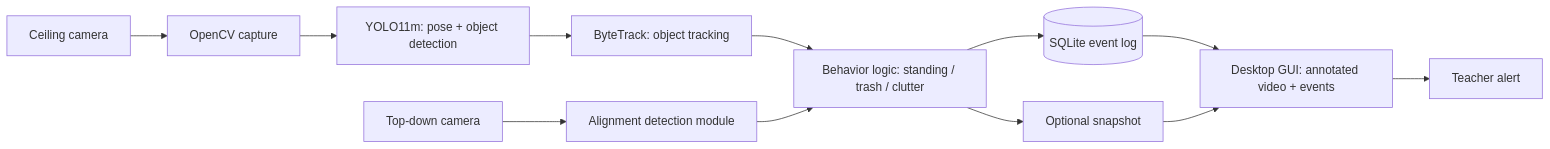
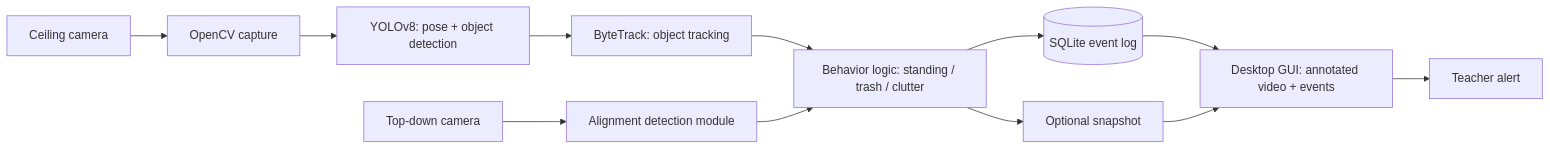
The first of 2 diagrams in Knowledge/03 - Architecture/System Architecture.md (riekoqq/BantayAralan), drawn with Mermaid before and after one commit. The commit also changed other lines of this file and 10 other files, not shown here.

````diff
--- a/Knowledge/03 - Architecture/System Architecture.md
+++ b/Knowledge/03 - Architecture/System Architecture.md
@@ -12,14 +12,14 @@
 ```mermaid
 flowchart LR
     C1[Ceiling camera] --> CV[OpenCV capture]
     C2[Top-down camera] --> AL[Alignment detection module]
-    CV --> YOLO[YOLO11m: pose + object detection]
+    CV --> YOLO[YOLOv8: pose + object detection]
     YOLO --> BT[ByteTrack: object tracking]
     BT --> BL[Behavior logic: standing / trash / clutter]
     AL --> BL
     BL --> DB[(SQLite event log)]
     BL --> SNAP[Optional snapshot]
     DB --> GUI[Desktop GUI: annotated video + events]
     SNAP --> GUI
     GUI --> ALERT[Teacher alert]
 ```
````
